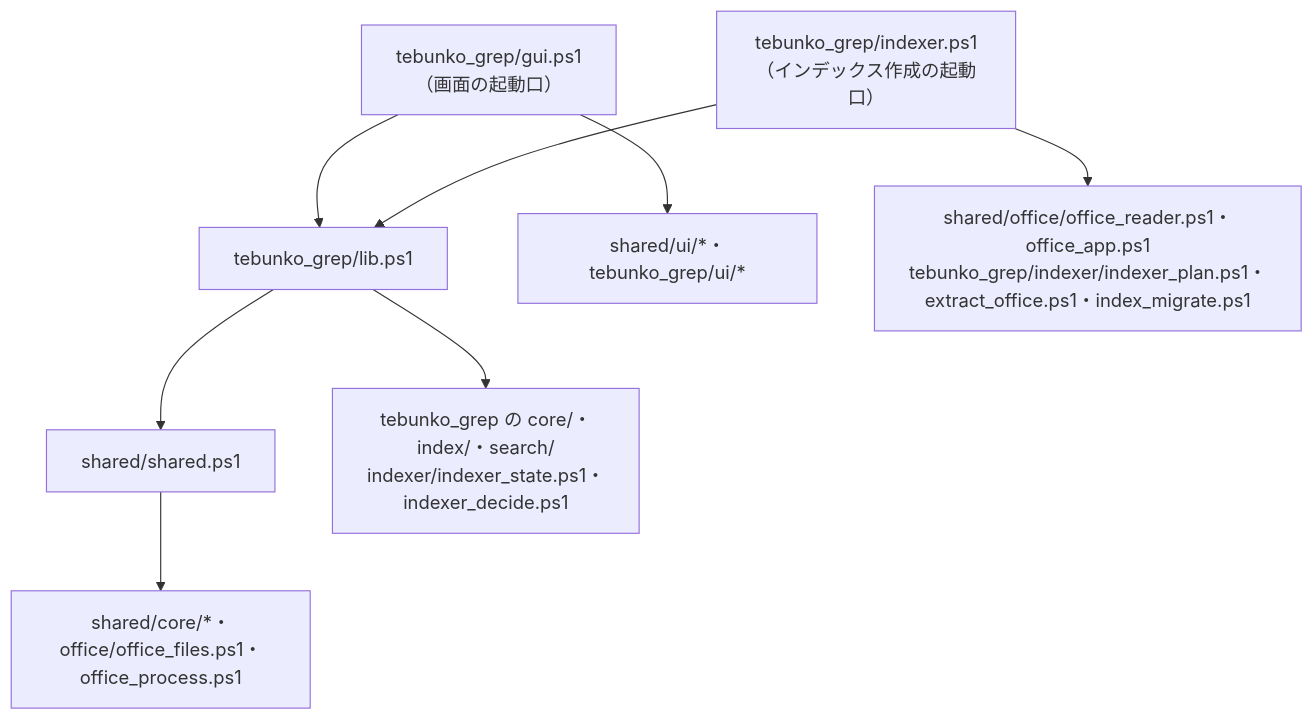
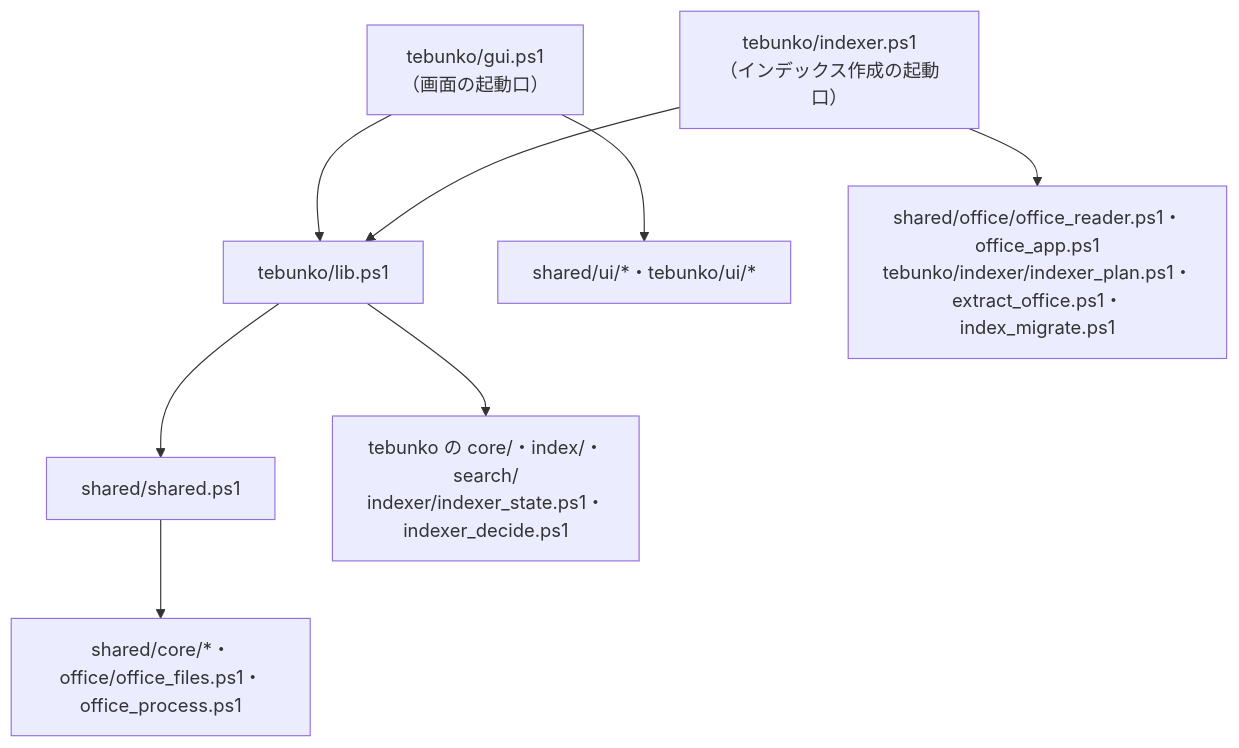
The first of 3 diagrams in docs/00_共通_2_共通モジュール.md (hsgwa/tebunko), drawn with Mermaid before and after one commit. The commit also changed other lines of this file and 169 other files, not shown here.

````diff
--- a/docs/00_共通_2_共通モジュール.md
+++ b/docs/00_共通_2_共通モジュール.md
@@ -40,10 +40,10 @@
 ```mermaid
 flowchart TD
-    GUI["tebunko_grep/gui.ps1<br>（画面の起動口）"] --> LIB
-    IDX["tebunko_grep/indexer.ps1<br>（インデックス作成の起動口）"] --> LIB
-    GUI --> UI["shared/ui/*・tebunko_grep/ui/*"]
-    IDX --> IXO["shared/office/office_reader.ps1・office_app.ps1<br>tebunko_grep/indexer/indexer_plan.ps1・extract_office.ps1・index_migrate.ps1"]
-    LIB["tebunko_grep/lib.ps1"] --> SH["shared/shared.ps1"]
-    LIB --> TG["tebunko_grep の core/・index/・search/<br>indexer/indexer_state.ps1・indexer_decide.ps1"]
+    GUI["tebunko/gui.ps1<br>（画面の起動口）"] --> LIB
+    IDX["tebunko/indexer.ps1<br>（インデックス作成の起動口）"] --> LIB
+    GUI --> UI["shared/ui/*・tebunko/ui/*"]
+    IDX --> IXO["shared/office/office_reader.ps1・office_app.ps1<br>tebunko/indexer/indexer_plan.ps1・extract_office.ps1・index_migrate.ps1"]
+    LIB["tebunko/lib.ps1"] --> SH["shared/shared.ps1"]
+    LIB --> TG["tebunko の core/・index/・search/<br>indexer/indexer_state.ps1・indexer_decide.ps1"]
     SH --> SC["shared/core/*・office/office_files.ps1・office_process.ps1"]
 ```
````
